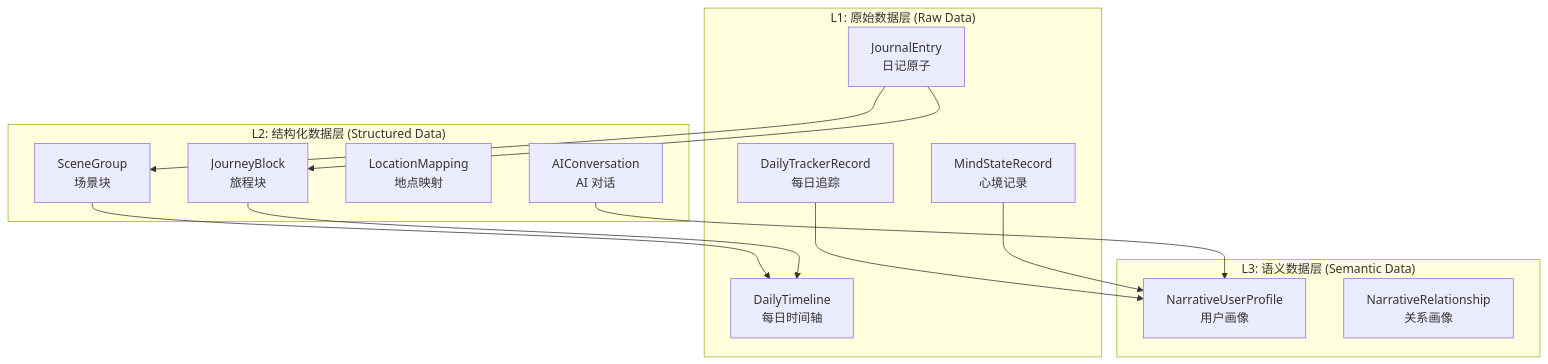
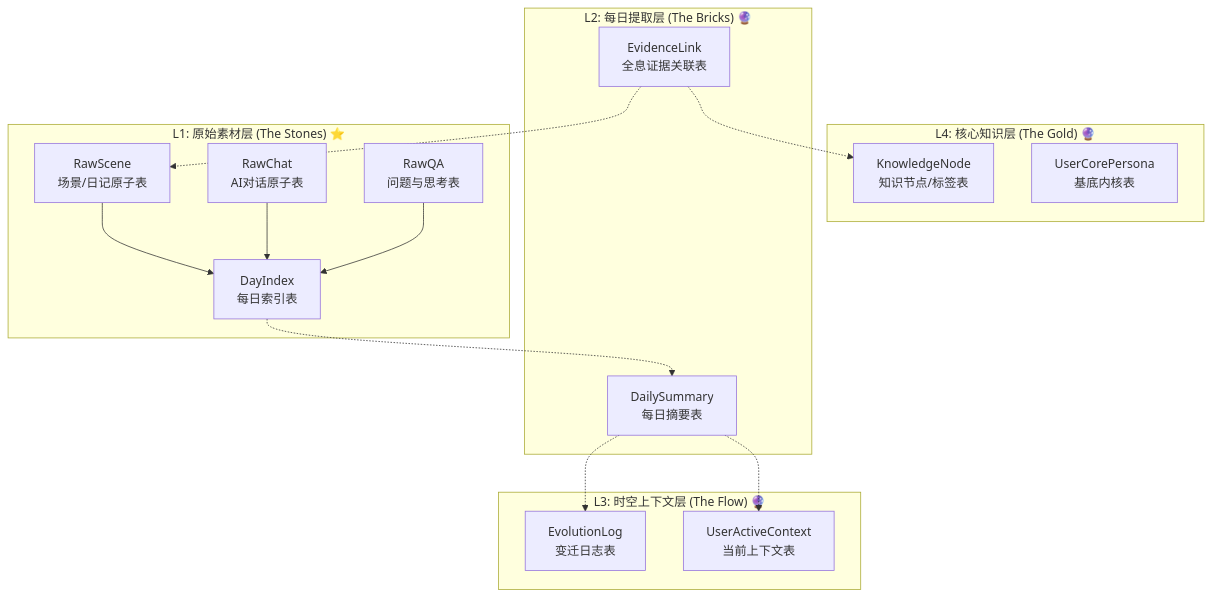
Before and after one commit to Hanyan179/zhijing: the diagram in Docs/architecture/data-architecture.md, drawn with Mermaid. The commit also changed other lines of this file and 101 other files, not shown here.

````diff
--- a/Docs/architecture/data-architecture.md
+++ b/Docs/architecture/data-architecture.md
@@ -11,29 +68,35 @@
 ```mermaid
 graph TB
-    subgraph "L1: 原始数据层 (Raw Data)"
-        JE[JournalEntry<br/>日记原子]
-        DT[DailyTimeline<br/>每日时间轴]
-        TR[DailyTrackerRecord<br/>每日追踪]
-        MS[MindStateRecord<br/>心境记录]
+    subgraph "L4: 核心知识层 (The Gold) 🔮"
+        KN[KnowledgeNode<br/>知识节点/标签表]
+        UCP[UserCorePersona<br/>基底内核表]
     end
     
-    subgraph "L2: 结构化数据层 (Structured Data)"
-        SG[SceneGroup<br/>场景块]
-        JB[JourneyBlock<br/>旅程块]
-        LM[LocationMapping<br/>地点映射]
-        AC[AIConversation<br/>AI 对话]
+    subgraph "L3: 时空上下文层 (The Flow) 🔮"
+        UAC[UserActiveContext<br/>当前上下文表]
+        EL[EvolutionLog<br/>变迁日志表]
     end
     
-    subgraph "L3: 语义数据层 (Semantic Data)"
-        UP[NarrativeUserProfile<br/>用户画像]
-        RP[NarrativeRelationship<br/>关系画像]
+    subgraph "L2: 每日提取层 (The Bricks) 🔮"
+        DS[DailySummary<br/>每日摘要表]
+        EVL[EvidenceLink<br/>全息证据关联表]
     end
     
-    JE --> SG
-    JE --> JB
-    SG --> DT
-    JB --> DT
-    TR --> UP
-    MS --> UP
-    AC --> UP
+    subgraph "L1: 原始素材层 (The Stones) ⭐"
+        DI[DayIndex<br/>每日索引表]
+        RS[RawScene<br/>场景/日记原子表]
+        RC[RawChat<br/>AI对话原子表]
+        RQ[RawQA<br/>问题与思考表]
+    end
+    
+    RS --> DI
+    RC --> DI
+    RQ --> DI
+    
+    DI -.-> DS
+    DS -.-> UAC
+    DS -.-> EL
+    
+    EVL -.-> KN
+    EVL -.-> RS
 ```
````
